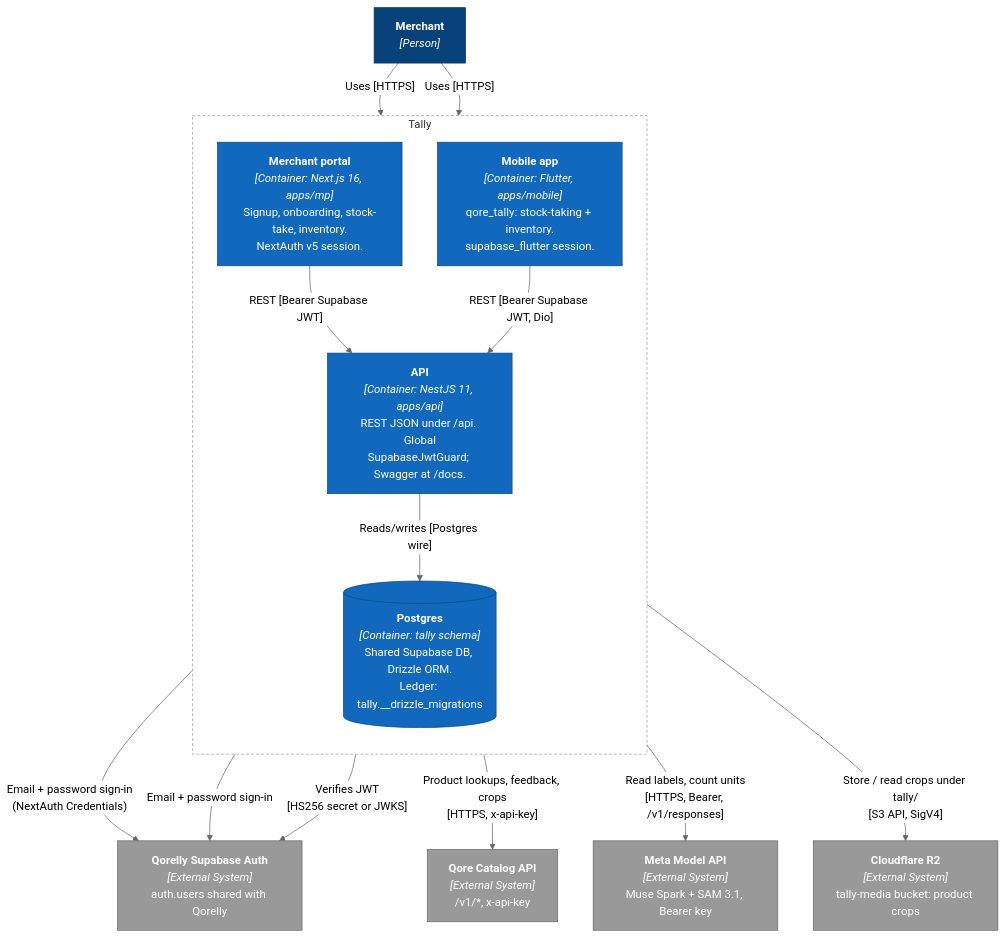
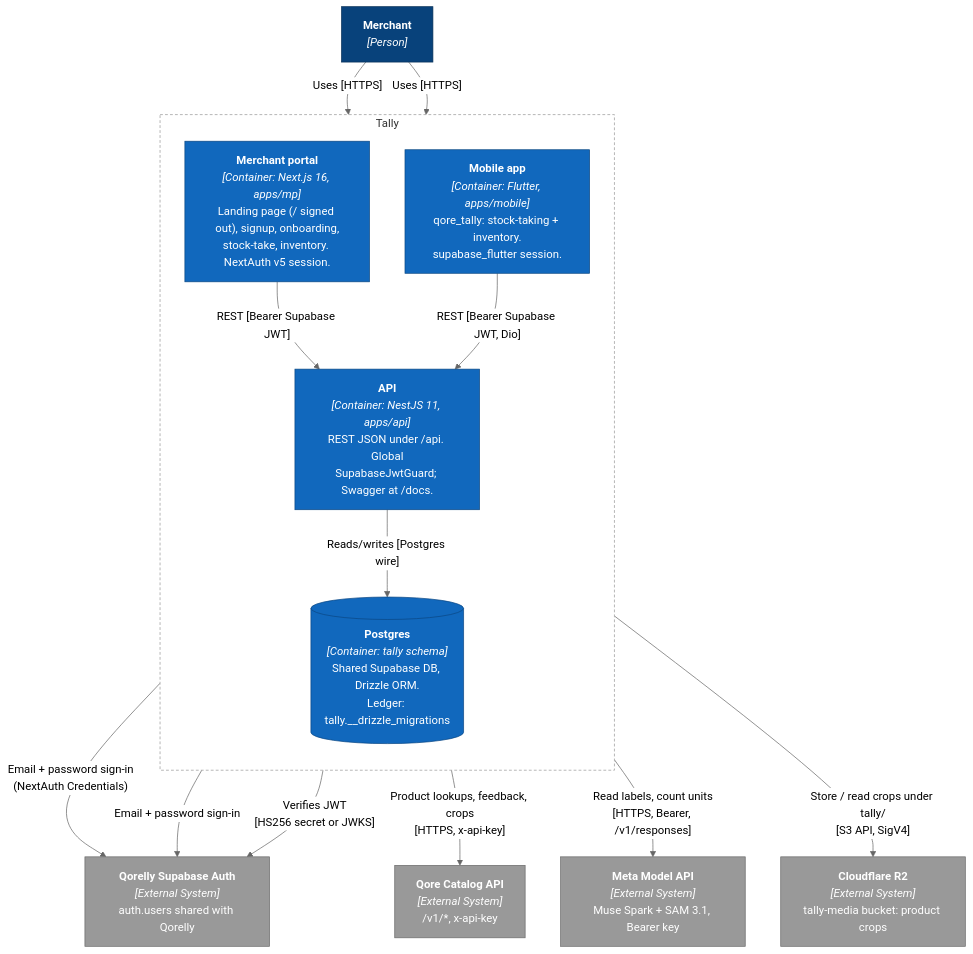
The diagram in docs/diagrams/mermaid/c4-container.mmd (usecorehq/tally), drawn with Mermaid before and after one commit. The commit also changed 41 other files, not shown here.

First line of the commit message:
feat(mp): serve the landing page at / for signed-out visitors

```diff
--- a/docs/diagrams/mermaid/c4-container.mmd
+++ b/docs/diagrams/mermaid/c4-container.mmd
@@ -1,41 +1,41 @@
 %%{init: {"theme": "neutral"} }%%
 flowchart TB
     merchant["<b>Merchant</b><br/><i>[Person]</i>"]
 
     supabase["<b>Qorelly Supabase Auth</b><br/><i>[External System]</i><br/>auth.users shared with Qorelly"]
     catalog["<b>Qore Catalog API</b><br/><i>[External System]</i><br/>/v1/*, x-api-key"]
     meta["<b>Meta Model API</b><br/><i>[External System]</i><br/>Muse Spark + SAM 3.1, Bearer key"]
     r2["<b>Cloudflare R2</b><br/><i>[External System]</i><br/>tally-media bucket: product crops"]
 
     subgraph tally[" Tally "]
         direction TB
-        mp["<b>Merchant portal</b><br/><i>[Container: Next.js 16, apps/mp]</i><br/>Signup, onboarding, stock-take, inventory.<br/>NextAuth v5 session."]
+        mp["<b>Merchant portal</b><br/><i>[Container: Next.js 16, apps/mp]</i><br/>Landing page (/ signed out), signup, onboarding,<br/>stock-take, inventory. NextAuth v5 session."]
         mobile["<b>Mobile app</b><br/><i>[Container: Flutter, apps/mobile]</i><br/>qore_tally: stock-taking + inventory.<br/>supabase_flutter session."]
         api["<b>API</b><br/><i>[Container: NestJS 11, apps/api]</i><br/>REST JSON under /api. Global<br/>SupabaseJwtGuard; Swagger at /docs."]
         db[("<b>Postgres</b><br/><i>[Container: tally schema]</i><br/>Shared Supabase DB, Drizzle ORM.<br/>Ledger: tally.__drizzle_migrations")]
     end
 
     merchant -- "Uses [HTTPS]" --> mp
     merchant -- "Uses [HTTPS]" --> mobile
 
     mp -- "Email + password sign-in<br/>(NextAuth Credentials)" --> supabase
     mobile -- "Email + password sign-in" --> supabase
 
     mp -- "REST [Bearer Supabase JWT]" --> api
     mobile -- "REST [Bearer Supabase JWT, Dio]" --> api
 
     api -- "Verifies JWT<br/>[HS256 secret or JWKS]" --> supabase
     api -- "Reads/writes [Postgres wire]" --> db
     api -- "Product lookups, feedback, crops<br/>[HTTPS, x-api-key]" --> catalog
     api -- "Read labels, count units<br/>[HTTPS, Bearer, /v1/responses]" --> meta
     api -- "Store / read crops under tally/<br/>[S3 API, SigV4]" --> r2
 
     classDef person fill:#08427b,stroke:#052e56,color:#fff
     classDef container fill:#1168bd,stroke:#0b4884,color:#fff
     classDef external fill:#999999,stroke:#6b6b6b,color:#fff
     classDef planned fill:#ffffff,stroke:#1168bd,color:#1168bd,stroke-dasharray: 5 3
     classDef boundary fill:#ffffff,stroke:#999999,color:#333,stroke-dasharray: 4 3
     class merchant person
     class mp,mobile,api,db container
     class supabase,catalog,meta,r2 external
     class tally boundary
```
